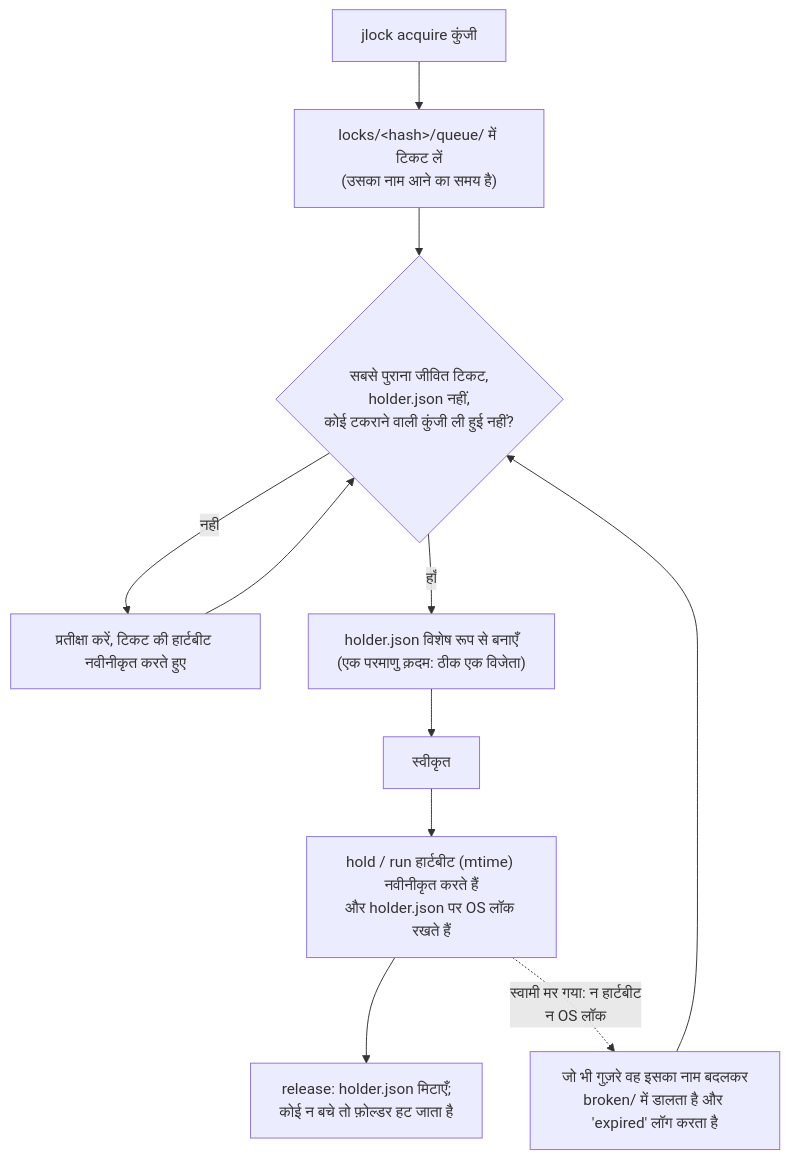
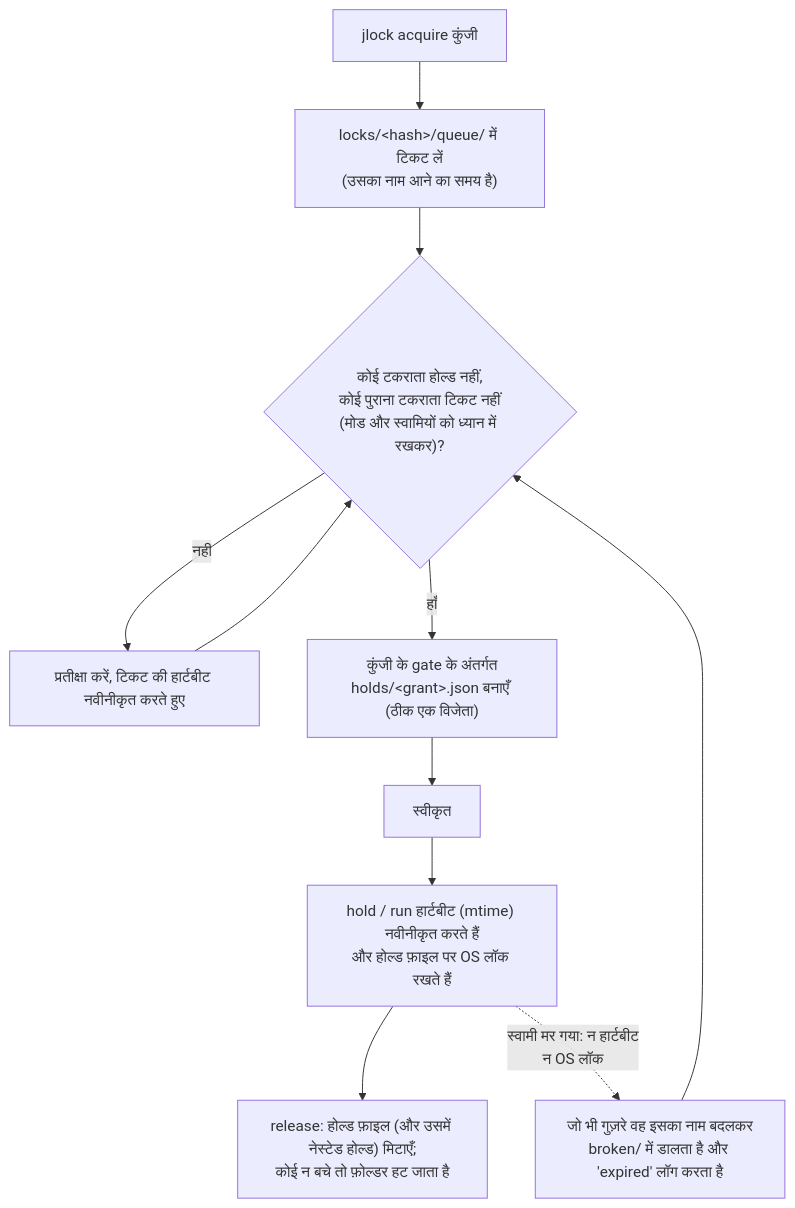
One commit to rodrigojager/jlock changed the diagram in README.hi.md. Above: the diagram before and after it, drawn with Mermaid. The commit also changed other lines of this file and 10 other files, not shown here.

````diff
--- a/README.hi.md
+++ b/README.hi.md
@@ -218,12 +263,12 @@
 ```mermaid
 flowchart TD
     A["jlock acquire कुंजी"] --> B["locks/&lt;hash&gt;/queue/ में टिकट लें<br/>(उसका नाम आने का समय है)"]
-    B --> C{"सबसे पुराना जीवित टिकट,<br/>holder.json नहीं,<br/>कोई टकराने वाली कुंजी ली हुई नहीं?"}
+    B --> C{"कोई टकराता होल्ड नहीं,<br/>कोई पुराना टकराता टिकट नहीं<br/>(मोड और स्वामियों को ध्यान में रखकर)?"}
     C -- नहीं --> W["प्रतीक्षा करें, टिकट की हार्टबीट नवीनीकृत करते हुए"] --> C
-    C -- हाँ --> D["holder.json विशेष रूप से बनाएँ<br/>(एक परमाणु क़दम: ठीक एक विजेता)"]
+    C -- हाँ --> D["कुंजी के gate के अंतर्गत<br/>holds/&lt;grant&gt;.json बनाएँ (ठीक एक विजेता)"]
     D --> E["स्वीकृत"]
-    E --> H["hold / run हार्टबीट (mtime) नवीनीकृत करते हैं<br/>और holder.json पर OS लॉक रखते हैं"]
-    H --> R["release: holder.json मिटाएँ;<br/>कोई न बचे तो फ़ोल्डर हट जाता है"]
+    E --> H["hold / run हार्टबीट (mtime) नवीनीकृत करते हैं<br/>और होल्ड फ़ाइल पर OS लॉक रखते हैं"]
+    H --> R["release: होल्ड फ़ाइल (और उसमें नेस्टेड होल्ड) मिटाएँ;<br/>कोई न बचे तो फ़ोल्डर हट जाता है"]
     H -. "स्वामी मर गया: न हार्टबीट<br/>न OS लॉक" .-> X["जो भी गुज़रे वह इसका नाम बदलकर<br/>broken/ में डालता है और 'expired' लॉग करता है"]
     X --> C
 ```
````
